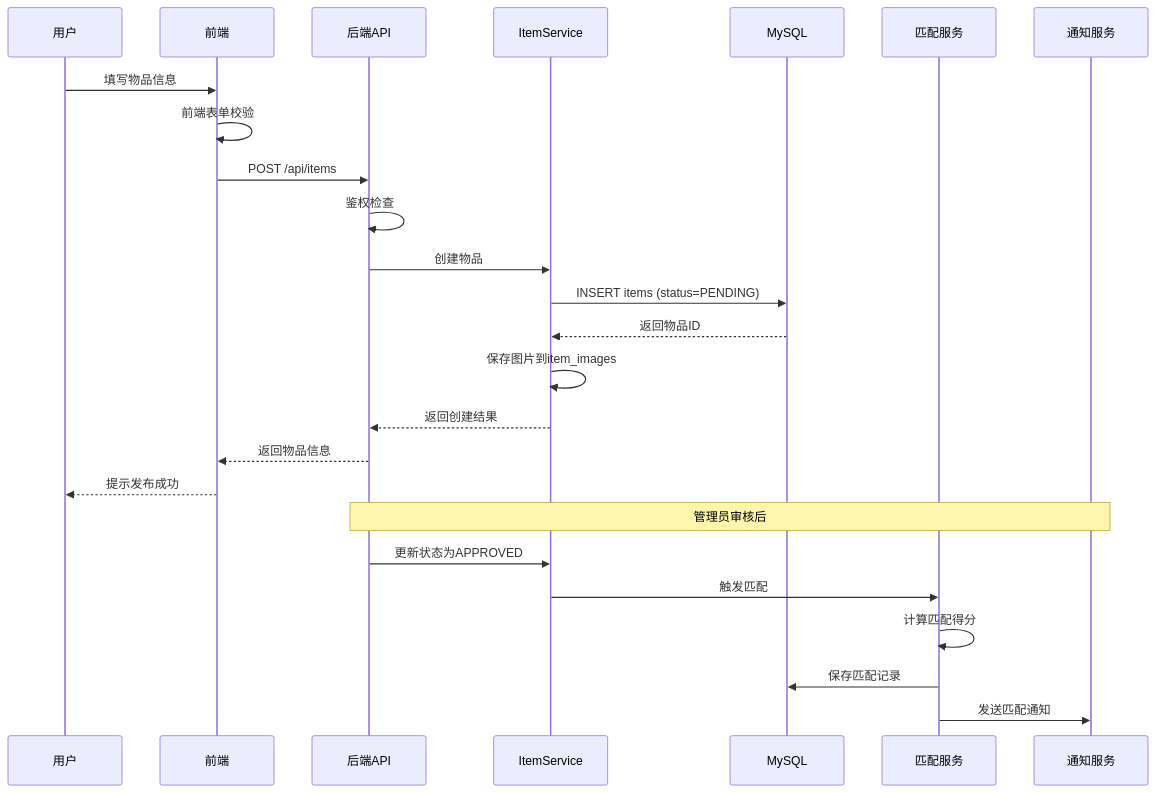
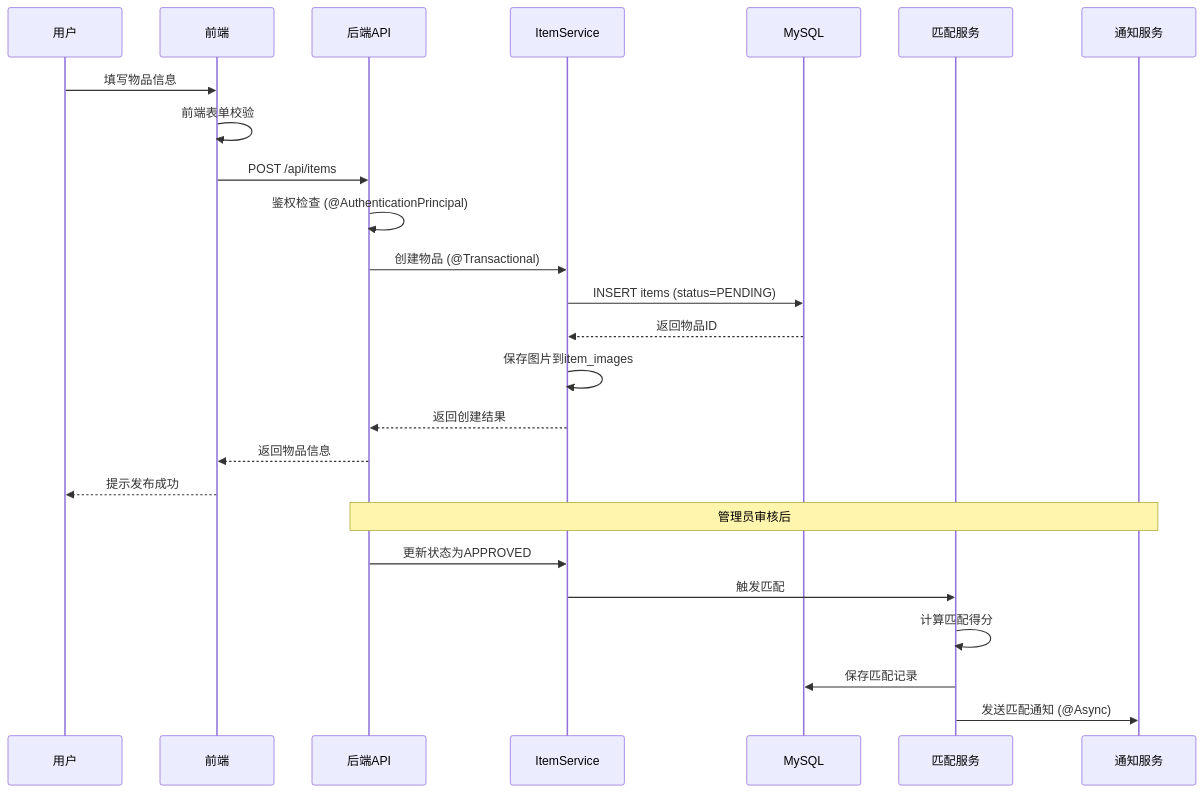
The diagram in docs/实现说明.md (zwj-3193655211/campus-LostandFound), drawn with Mermaid before and after one commit. The commit also changed other lines of this file and 3 other files, not shown here.

````diff
--- a/docs/实现说明.md
+++ b/docs/实现说明.md
@@ -172,29 +133,29 @@
 ```mermaid
 sequenceDiagram
     participant U as 用户
     participant F as 前端
     participant A as 后端API
     participant S as ItemService
     participant DB as MySQL
     participant M as 匹配服务
     participant N as 通知服务
 
     U->>F: 填写物品信息
     F->>F: 前端表单校验
     F->>A: POST /api/items
-    A->>A: 鉴权检查
-    A->>S: 创建物品
+    A->>A: 鉴权检查 (@AuthenticationPrincipal)
+    A->>S: 创建物品 (@Transactional)
     S->>DB: INSERT items (status=PENDING)
     DB-->>S: 返回物品ID
     S->>S: 保存图片到item_images
     S-->>A: 返回创建结果
     A-->>F: 返回物品信息
     F-->>U: 提示发布成功
 
     Note over A,N: 管理员审核后
     A->>S: 更新状态为APPROVED
     S->>M: 触发匹配
     M->>M: 计算匹配得分
     M->>DB: 保存匹配记录
-    M->>N: 发送匹配通知
+    M->>N: 发送匹配通知 (@Async)
 ```
````
